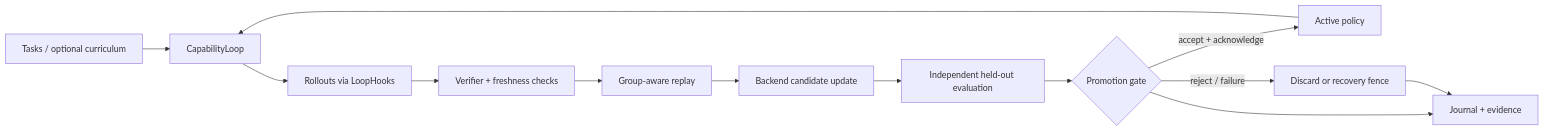
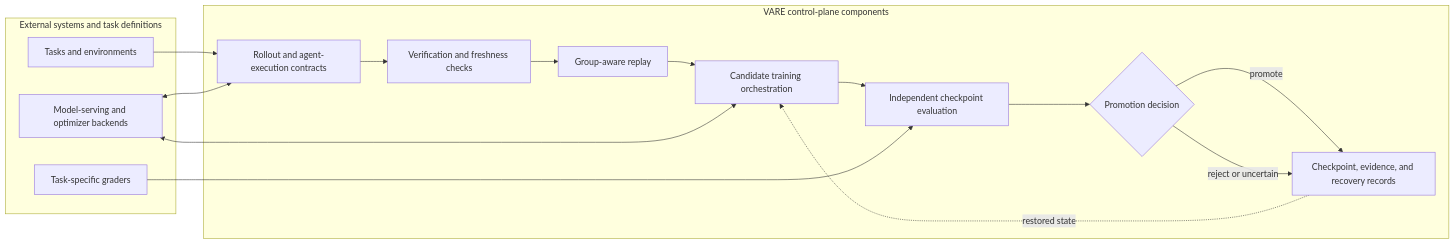
Before and after one commit to mitukx/VARE: the diagram in README.md, drawn with Mermaid. The commit also changed other lines of this file and 3 other files, not shown here.

````diff
--- a/README.md
+++ b/README.md
@@ -106,15 +25,25 @@
 ```mermaid
 flowchart LR
-  A[Tasks / optional curriculum] --> B[CapabilityLoop]
-  B --> C[Rollouts via LoopHooks]
-  C --> D[Verifier + freshness checks]
-  D --> E[Group-aware replay]
-  E --> F[Backend candidate update]
-  F --> G[Independent held-out evaluation]
-  G --> H{Promotion gate}
-  H -->|accept + acknowledge| I[Active policy]
-  H -->|reject / failure| J[Discard or recovery fence]
-  I --> B
-  H --> K[Journal + evidence]
-  J --> K
+  subgraph EXT[External systems and task definitions]
+    T[Tasks and environments]
+    B[Model-serving and optimizer backends]
+    G[Task-specific graders]
+  end
+  subgraph VARE[VARE control-plane components]
+    R[Rollout and agent-execution contracts]
+    V[Verification and freshness checks]
+    Q[Group-aware replay]
+    C[Candidate training orchestration]
+    E[Independent checkpoint evaluation]
+    P{Promotion decision}
+    J[Checkpoint, evidence, and recovery records]
+  end
+  T --> R --> V --> Q --> C
+  B <--> R
+  B <--> C
+  C --> E --> P
+  G --> E
+  P -->|promote| J
+  P -->|reject or uncertain| J
+  J -. restored state .-> C
 ```
````
